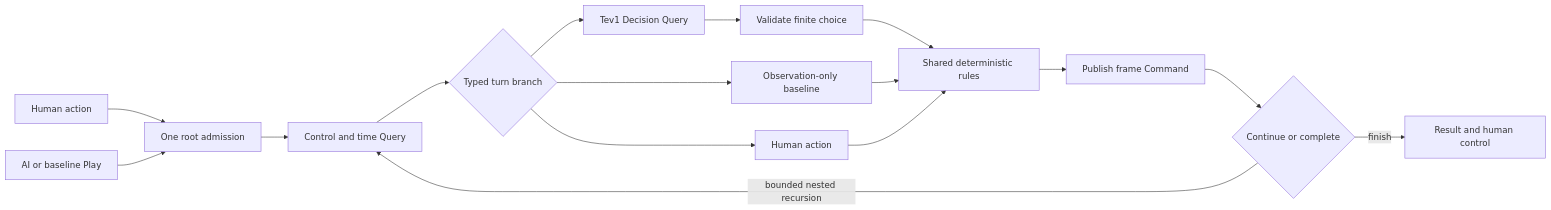
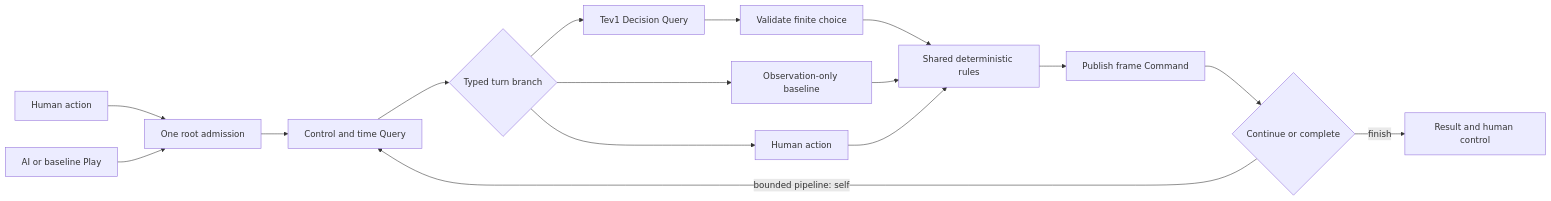
Before and after one commit to MokapotLabs/ghost-in-the-pipeline: the diagram in docs/architecture.md, drawn with Mermaid. The commit also changed other lines of this file and 19 other files, not shown here.

````diff
--- a/docs/architecture.md
+++ b/docs/architecture.md
@@ -5,18 +5,18 @@
 ```mermaid
 flowchart LR
     H[Human action] --> R[One root admission]
     P[AI or baseline Play] --> R
     R --> C[Control and time Query]
     C --> B{Typed turn branch}
     B --> M[Tev1 Decision Query]
     B --> E[Observation-only baseline]
     B --> A[Human action]
     M --> V[Validate finite choice]
     V --> G[Shared deterministic rules]
     E --> G
     A --> G
     G --> F[Publish frame Command]
     F --> T{Continue or complete}
-    T -->|bounded nested recursion| C
+    T -->|bounded pipeline: self| C
     T -->|finish| U[Result and human control]
 ```
````
